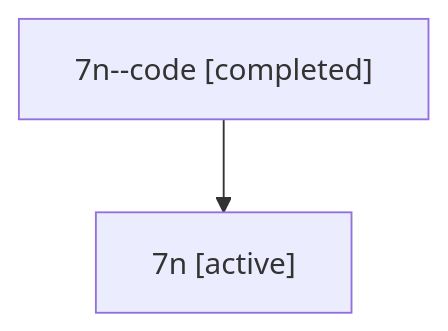
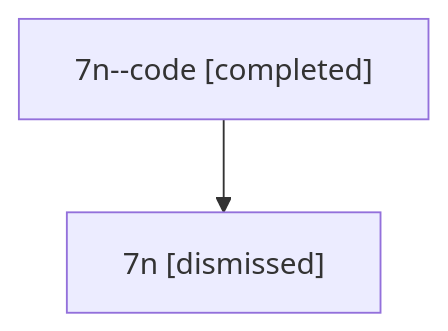
One commit to sase-org/sase--agents changed the diagram in sessions/bbugyi200.athena.7n.md. Above: the diagram before and after it, drawn with Mermaid. The commit also changed other lines of this file and 31 other files, not shown here.

````diff
--- a/sessions/bbugyi200.athena.7n.md
+++ b/sessions/bbugyi200.athena.7n.md
@@ -9,6 +9,6 @@
 ```mermaid
 flowchart TD
   n0["7n--code [completed]"]
-  n1["7n [active]"]
+  n1["7n [dismissed]"]
   n0 --> n1
 ```
````
